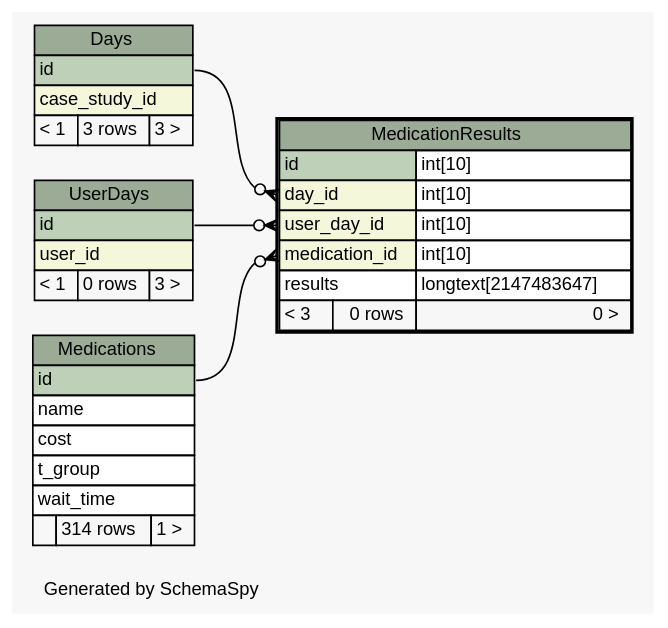
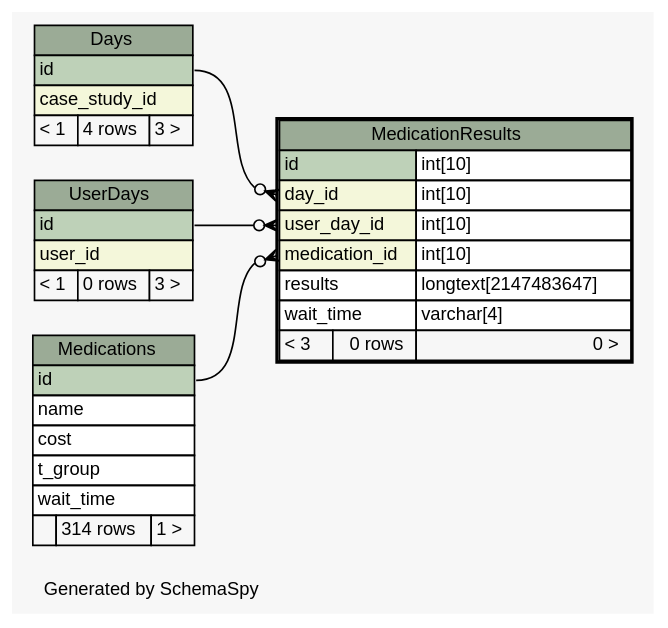
Before and after one commit to carrel2/CaseStudies: the diagram in web/files/schema/diagrams/MedicationResults.1degree.dot, drawn with Graphviz. The commit also changed 256 other files, not shown here.

```diff
--- a/web/files/schema/diagrams/MedicationResults.1degree.dot
+++ b/web/files/schema/diagrams/MedicationResults.1degree.dot
@@ -1,75 +1,76 @@
-// dot 2.38.0 on Linux 4.4.0-77-generic
+// dot 2.38.0 on Linux 4.4.0-78-generic
 // SchemaSpy rev 590
 digraph "oneDegreeRelationshipsDiagram" {
   graph [
     rankdir="RL"
     bgcolor="#f7f7f7"
     label="\nGenerated by SchemaSpy"
     labeljust="l"
     nodesep="0.18"
     ranksep="0.46"
     fontname="Helvetica"
     fontsize="11"
   ];
   node [
     fontname="Helvetica"
     fontsize="11"
     shape="plaintext"
   ];
   edge [
     arrowsize="0.8"
   ];
   "MedicationResults":"day_id":w -> "Days":"id":e [arrowhead=none dir=back arrowtail=crowodot];
   "MedicationResults":"medication_id":w -> "Medications":"id":e [arrowhead=none dir=back arrowtail=crowodot];
   "MedicationResults":"user_day_id":w -> "UserDays":"id":e [arrowhead=none dir=back arrowtail=crowodot];
   "Days" [
     label=<
     <TABLE BORDER="0" CELLBORDER="1" CELLSPACING="0" BGCOLOR="#ffffff">
       <TR><TD COLSPAN="3" BGCOLOR="#9bab96" ALIGN="CENTER">Days</TD></TR>
       <TR><TD PORT="id" COLSPAN="3" BGCOLOR="#bed1b8" ALIGN="LEFT">id</TD></TR>
       <TR><TD PORT="case_study_id" COLSPAN="3" BGCOLOR="#f4f7da" ALIGN="LEFT">case_study_id</TD></TR>
-      <TR><TD ALIGN="LEFT" BGCOLOR="#f7f7f7">&lt; 1</TD><TD ALIGN="RIGHT" BGCOLOR="#f7f7f7">3 rows</TD><TD ALIGN="RIGHT" BGCOLOR="#f7f7f7">3 &gt;</TD></TR>
+      <TR><TD ALIGN="LEFT" BGCOLOR="#f7f7f7">&lt; 1</TD><TD ALIGN="RIGHT" BGCOLOR="#f7f7f7">4 rows</TD><TD ALIGN="RIGHT" BGCOLOR="#f7f7f7">3 &gt;</TD></TR>
     </TABLE>>
     URL="Days.html"
     tooltip="Days"
   ];
   "MedicationResults" [
     label=<
     <TABLE BORDER="2" CELLBORDER="1" CELLSPACING="0" BGCOLOR="#ffffff">
       <TR><TD COLSPAN="3" BGCOLOR="#9bab96" ALIGN="CENTER">MedicationResults</TD></TR>
       <TR><TD PORT="id" COLSPAN="2" BGCOLOR="#bed1b8" ALIGN="LEFT">id</TD><TD PORT="id.type" ALIGN="LEFT">int[10]</TD></TR>
       <TR><TD PORT="day_id" COLSPAN="2" BGCOLOR="#f4f7da" ALIGN="LEFT">day_id</TD><TD PORT="day_id.type" ALIGN="LEFT">int[10]</TD></TR>
       <TR><TD PORT="user_day_id" COLSPAN="2" BGCOLOR="#f4f7da" ALIGN="LEFT">user_day_id</TD><TD PORT="user_day_id.type" ALIGN="LEFT">int[10]</TD></TR>
       <TR><TD PORT="medication_id" COLSPAN="2" BGCOLOR="#f4f7da" ALIGN="LEFT">medication_id</TD><TD PORT="medication_id.type" ALIGN="LEFT">int[10]</TD></TR>
       <TR><TD PORT="results" COLSPAN="2" ALIGN="LEFT">results</TD><TD PORT="results.type" ALIGN="LEFT">longtext[2147483647]</TD></TR>
+      <TR><TD PORT="wait_time" COLSPAN="2" ALIGN="LEFT">wait_time</TD><TD PORT="wait_time.type" ALIGN="LEFT">varchar[4]</TD></TR>
       <TR><TD ALIGN="LEFT" BGCOLOR="#f7f7f7">&lt; 3</TD><TD ALIGN="RIGHT" BGCOLOR="#f7f7f7">0 rows</TD><TD ALIGN="RIGHT" BGCOLOR="#f7f7f7">0 &gt;</TD></TR>
     </TABLE>>
     URL="MedicationResults.html"
     tooltip="MedicationResults"
   ];
   "Medications" [
     label=<
     <TABLE BORDER="0" CELLBORDER="1" CELLSPACING="0" BGCOLOR="#ffffff">
       <TR><TD COLSPAN="3" BGCOLOR="#9bab96" ALIGN="CENTER">Medications</TD></TR>
       <TR><TD PORT="id" COLSPAN="3" BGCOLOR="#bed1b8" ALIGN="LEFT">id</TD></TR>
       <TR><TD PORT="name" COLSPAN="3" ALIGN="LEFT">name</TD></TR>
       <TR><TD PORT="cost" COLSPAN="3" ALIGN="LEFT">cost</TD></TR>
       <TR><TD PORT="t_group" COLSPAN="3" ALIGN="LEFT">t_group</TD></TR>
       <TR><TD PORT="wait_time" COLSPAN="3" ALIGN="LEFT">wait_time</TD></TR>
       <TR><TD ALIGN="LEFT" BGCOLOR="#f7f7f7">  </TD><TD ALIGN="RIGHT" BGCOLOR="#f7f7f7">314 rows</TD><TD ALIGN="RIGHT" BGCOLOR="#f7f7f7">1 &gt;</TD></TR>
     </TABLE>>
     URL="Medications.html"
     tooltip="Medications"
   ];
   "UserDays" [
     label=<
     <TABLE BORDER="0" CELLBORDER="1" CELLSPACING="0" BGCOLOR="#ffffff">
       <TR><TD COLSPAN="3" BGCOLOR="#9bab96" ALIGN="CENTER">UserDays</TD></TR>
       <TR><TD PORT="id" COLSPAN="3" BGCOLOR="#bed1b8" ALIGN="LEFT">id</TD></TR>
       <TR><TD PORT="user_id" COLSPAN="3" BGCOLOR="#f4f7da" ALIGN="LEFT">user_id</TD></TR>
       <TR><TD ALIGN="LEFT" BGCOLOR="#f7f7f7">&lt; 1</TD><TD ALIGN="RIGHT" BGCOLOR="#f7f7f7">0 rows</TD><TD ALIGN="RIGHT" BGCOLOR="#f7f7f7">3 &gt;</TD></TR>
     </TABLE>>
     URL="UserDays.html"
     tooltip="UserDays"
   ];
 }
```
